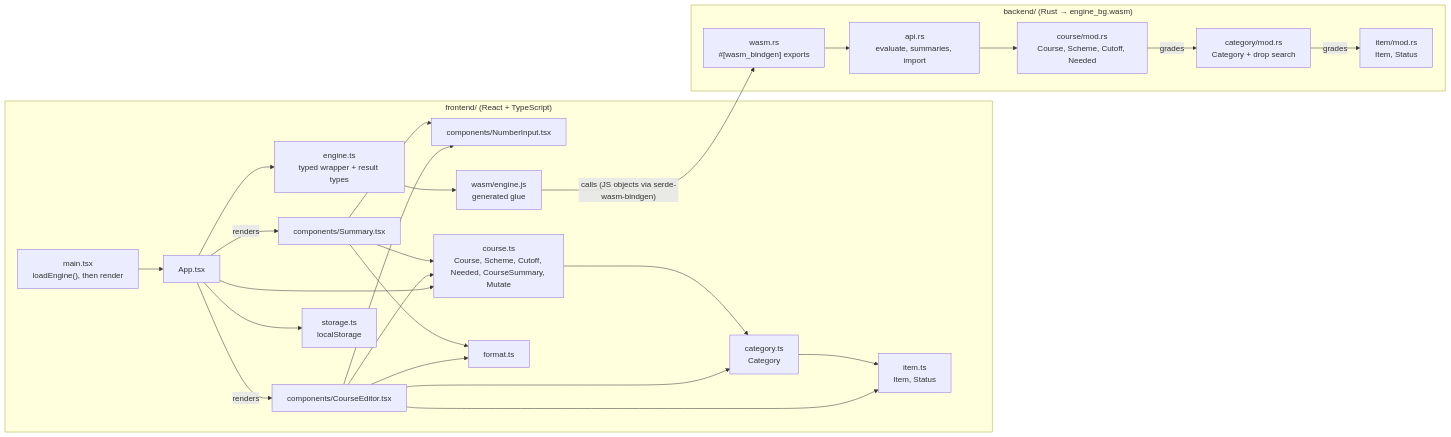
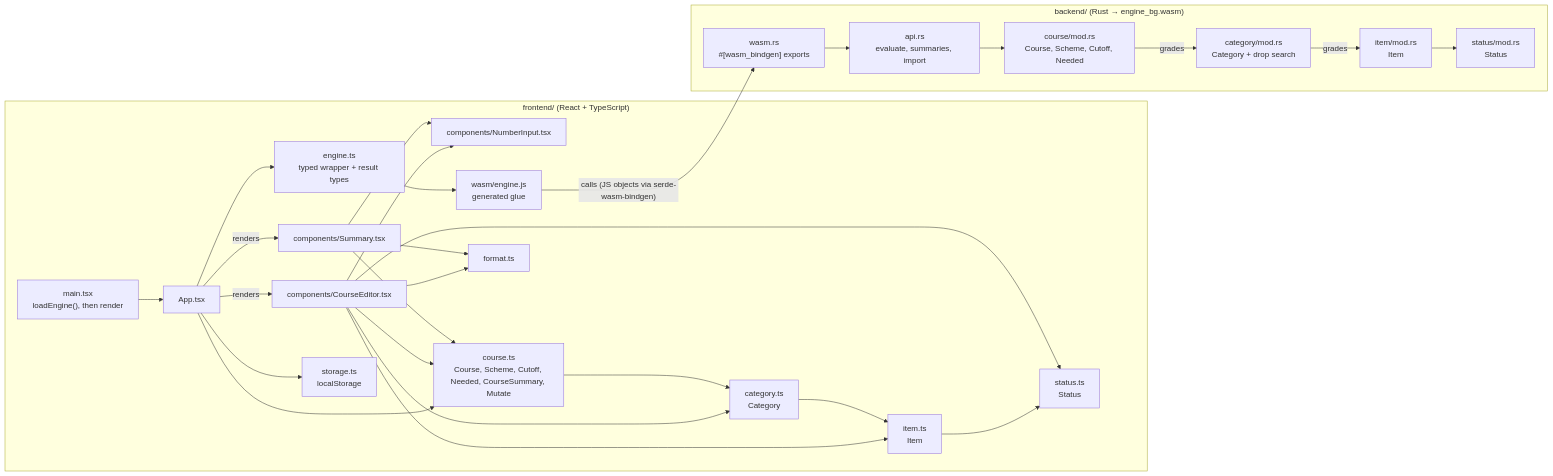
One commit to Patman1O1/grade-calculator changed the first of 9 diagrams in docs/uml.md. Above: the diagram before and after it, drawn with Mermaid. The commit also changed other lines of this file and 13 other files, not shown here.

First line of the commit message:
Give Status its own module and replace Item.excluded with it

````diff
--- a/docs/uml.md
+++ b/docs/uml.md
@@ -20,45 +20,49 @@
 ```mermaid
 flowchart LR
   subgraph frontend["frontend/ (React + TypeScript)"]
     main["main.tsx<br/>loadEngine(), then render"]
     App["App.tsx"]
     CourseEditor["components/CourseEditor.tsx"]
     Summary["components/Summary.tsx"]
     NumberInput["components/NumberInput.tsx"]
     coursets["course.ts<br/>Course, Scheme, Cutoff, Needed, CourseSummary, Mutate"]
     categoryts["category.ts<br/>Category"]
-    itemts["item.ts<br/>Item, Status"]
+    itemts["item.ts<br/>Item"]
+    statusts["status.ts<br/>Status"]
     enginets["engine.ts<br/>typed wrapper + result types"]
     glue["wasm/engine.js<br/>generated glue"]
     storage["storage.ts<br/>localStorage"]
     format["format.ts"]
   end
   subgraph engine["backend/ (Rust → engine_bg.wasm)"]
     wasm["wasm.rs<br/>#[wasm_bindgen] exports"]
     api["api.rs<br/>evaluate, summaries, import"]
-    item["item/mod.rs<br/>Item, Status"]
+    item["item/mod.rs<br/>Item"]
+    status["status/mod.rs<br/>Status"]
     category["category/mod.rs<br/>Category + drop search"]
     course["course/mod.rs<br/>Course, Scheme, Cutoff, Needed"]
   end
 
   main --> App
   App --> enginets --> glue
   App --> storage
   App -->|renders| CourseEditor
   App -->|renders| Summary
   CourseEditor --> NumberInput
   Summary --> NumberInput
   CourseEditor --> format
   Summary --> format
   App --> coursets
   CourseEditor --> coursets
   CourseEditor --> categoryts
   CourseEditor --> itemts
   Summary --> coursets
-  coursets --> categoryts --> itemts
+  coursets --> categoryts --> itemts --> statusts
+  CourseEditor --> statusts
   glue -->|"calls (JS objects via serde-wasm-bindgen)"| wasm
   wasm --> api
   api --> course
   course -->|grades| category
   category -->|grades| item
+  item --> status
 ```
````
